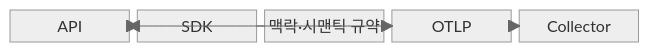
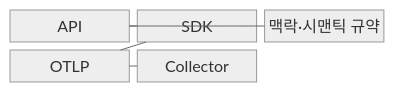
One commit to agnusdei1207/knowledge-base changed the first of 2 diagrams in src/content/docs/notes/08-latest-tech/170_opentelemetry.md. Above: the diagram before and after it, drawn with Mermaid (neutral theme). The commit also changed other lines of this file and 53 other files, not shown here.

````diff
--- a/src/content/docs/notes/08-latest-tech/170_opentelemetry.md
+++ b/src/content/docs/notes/08-latest-tech/170_opentelemetry.md
@@ -51,13 +51,13 @@
 ```mermaid
 block-beta
-  columns 5
+  columns 3
   A["API"]
   B["SDK"]
   C["맥락·시맨틱 규약"]
   D["OTLP"]
   E["Collector"]
-  A --> B
-  C --> A
-  B --> D
-  D --> E
+  A --- B
+  C --- A
+  B --- D
+  D --- E
 ```
````
